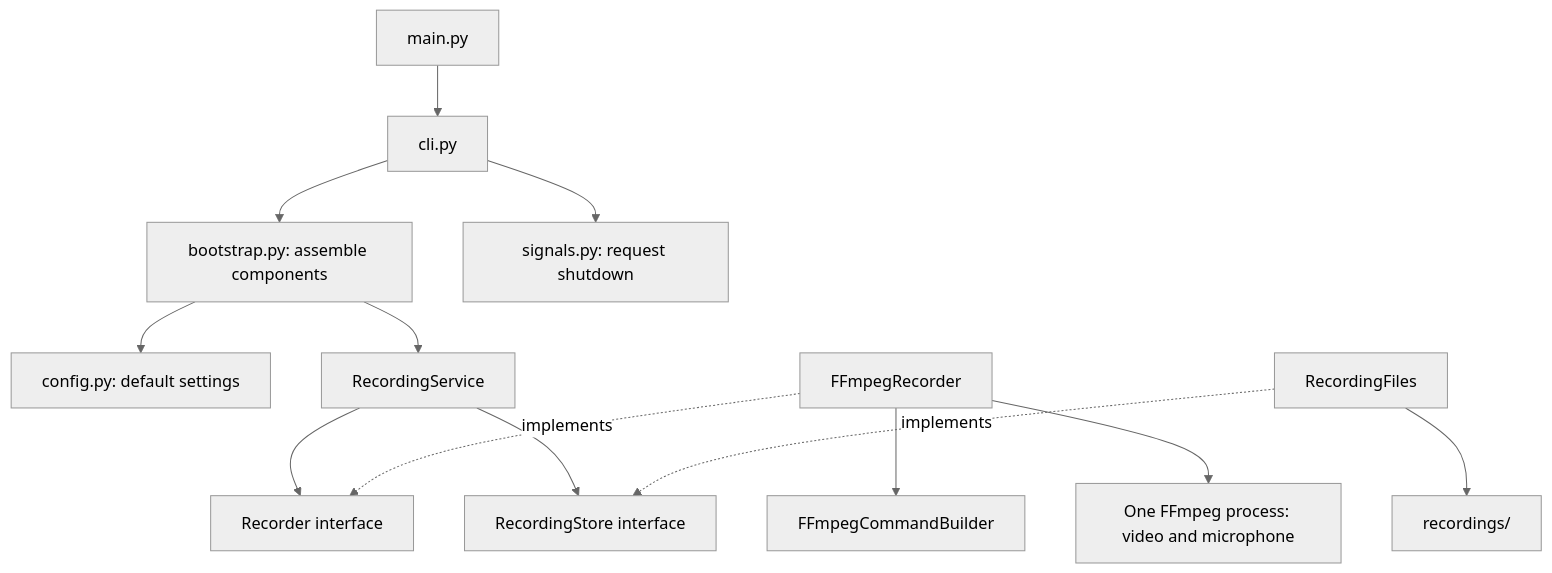
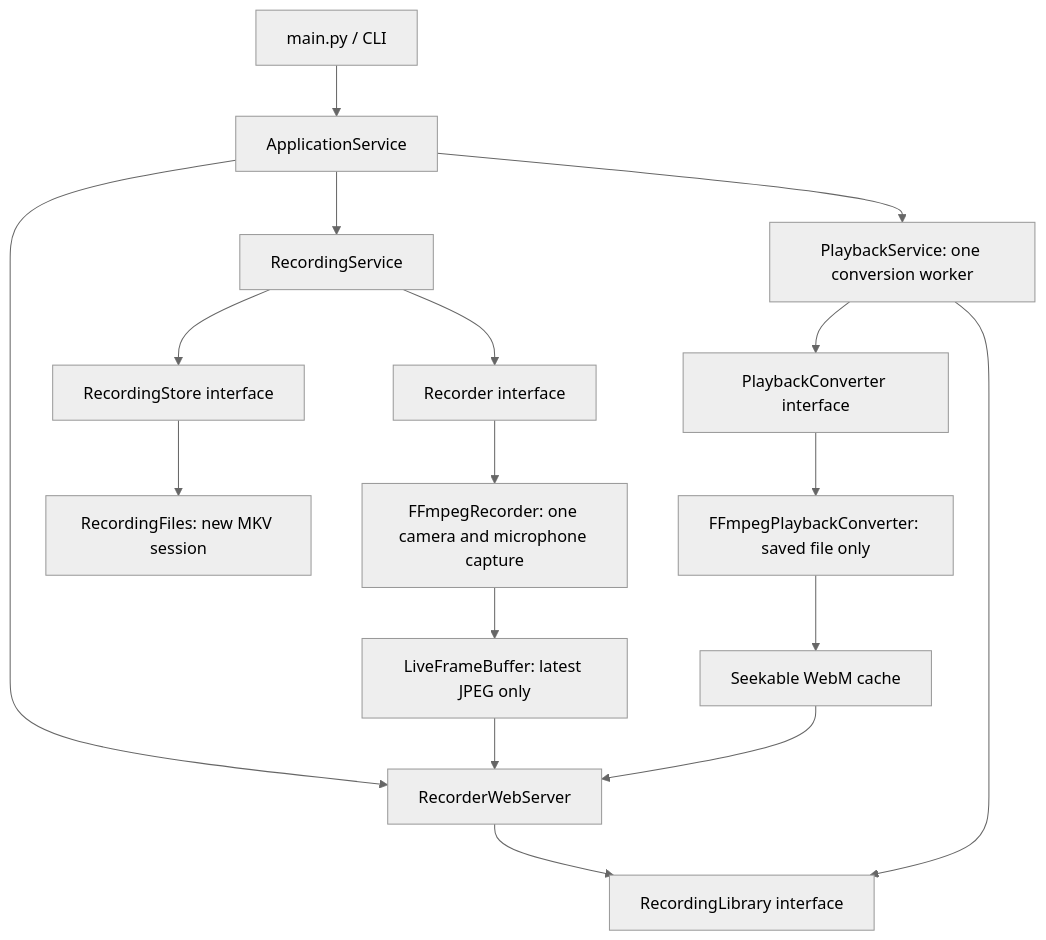
One commit to laimis-dev/raspbery-fpv-camera-recorder changed the diagram in README.md. Above: the diagram before and after it, drawn with Mermaid (neutral theme). The commit also changed other lines of this file and 38 other files, not shown here.

````diff
--- a/README.md
+++ b/README.md
@@ -103,15 +112,19 @@
 ```mermaid
 flowchart TD
-    Main[main.py] --> CLI[cli.py]
-    CLI --> Bootstrap[bootstrap.py: assemble components]
-    CLI --> Signals[signals.py: request shutdown]
-    Bootstrap --> Settings[config.py: default settings]
-    Bootstrap --> Service[RecordingService]
-    Service --> CapturePort[Recorder interface]
-    Service --> StorePort[RecordingStore interface]
-    FFmpeg[FFmpegRecorder] -. implements .-> CapturePort
-    Files[RecordingFiles] -. implements .-> StorePort
-    FFmpeg --> Builder[FFmpegCommandBuilder]
-    FFmpeg --> Process[One FFmpeg process: video and microphone]
-    Files --> Disk[recordings/]
+    Main[main.py / CLI] --> App[ApplicationService]
+    App --> Recording[RecordingService]
+    App --> Web[RecorderWebServer]
+    App --> Playback[PlaybackService: one conversion worker]
+    Recording --> RecorderPort[Recorder interface]
+    Recording --> StoragePort[RecordingStore interface]
+    RecorderPort --> Capture[FFmpegRecorder: one camera and microphone capture]
+    StoragePort --> Files[RecordingFiles: new MKV session]
+    Capture --> Frames[LiveFrameBuffer: latest JPEG only]
+    Frames --> Web
+    Web --> Library[RecordingLibrary interface]
+    Playback --> Library
+    Playback --> ConverterPort[PlaybackConverter interface]
+    ConverterPort --> Converter[FFmpegPlaybackConverter: saved file only]
+    Converter --> Cache[Seekable WebM cache]
+    Cache --> Web
 ```
````
